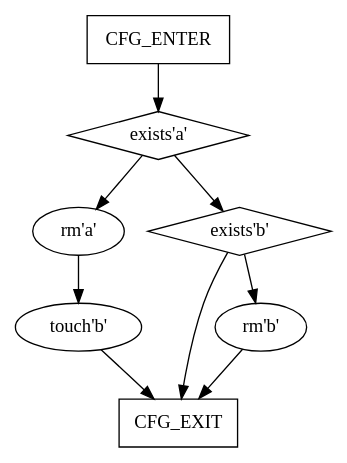
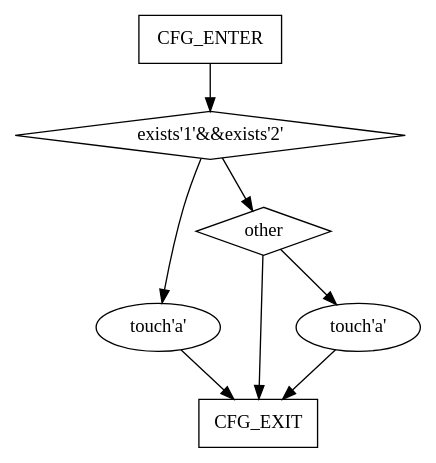
The diagram in scripts/ffa/script1.dot (rodneyxr/ffa-framework), drawn with Graphviz before and after one commit. The commit also changed 4 other files, not shown here.

```diff
--- a/scripts/ffa/script1.dot
+++ b/scripts/ffa/script1.dot
@@ -1,18 +1,16 @@
 digraph G {
     0[label="CFG_ENTER",shape=box];
-    1[label="exists'a'",shape=diamond];
-    2[label="rm'a'"];
-    3[label="touch'b'"];
-    6[label="CFG_EXIT",shape=box];
-    4[label="exists'b'",shape=diamond];
-    5[label="rm'b'"];
+    1[label="exists'1'&&exists'2'",shape=diamond];
+    2[label="touch'a'"];
+    5[label="CFG_EXIT",shape=box];
+    3[label="other",shape=diamond];
+    4[label="touch'a'"];
 
     0 -> 1;
     1 -> 2;
-    1 -> 4;
-    2 -> 3;
-    3 -> 6;
+    1 -> 3;
+    2 -> 5;
+    3 -> 4;
+    3 -> 5;
     4 -> 5;
-    4 -> 6;
-    5 -> 6;
 }
```
